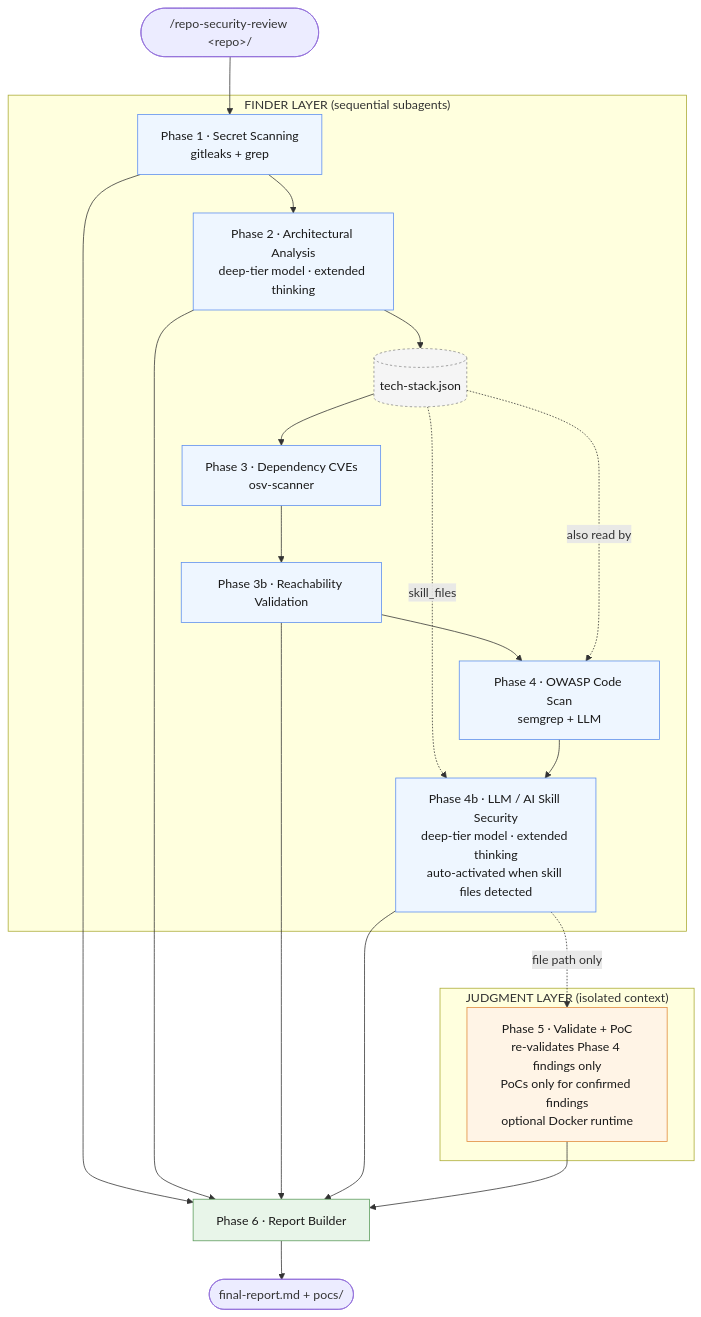
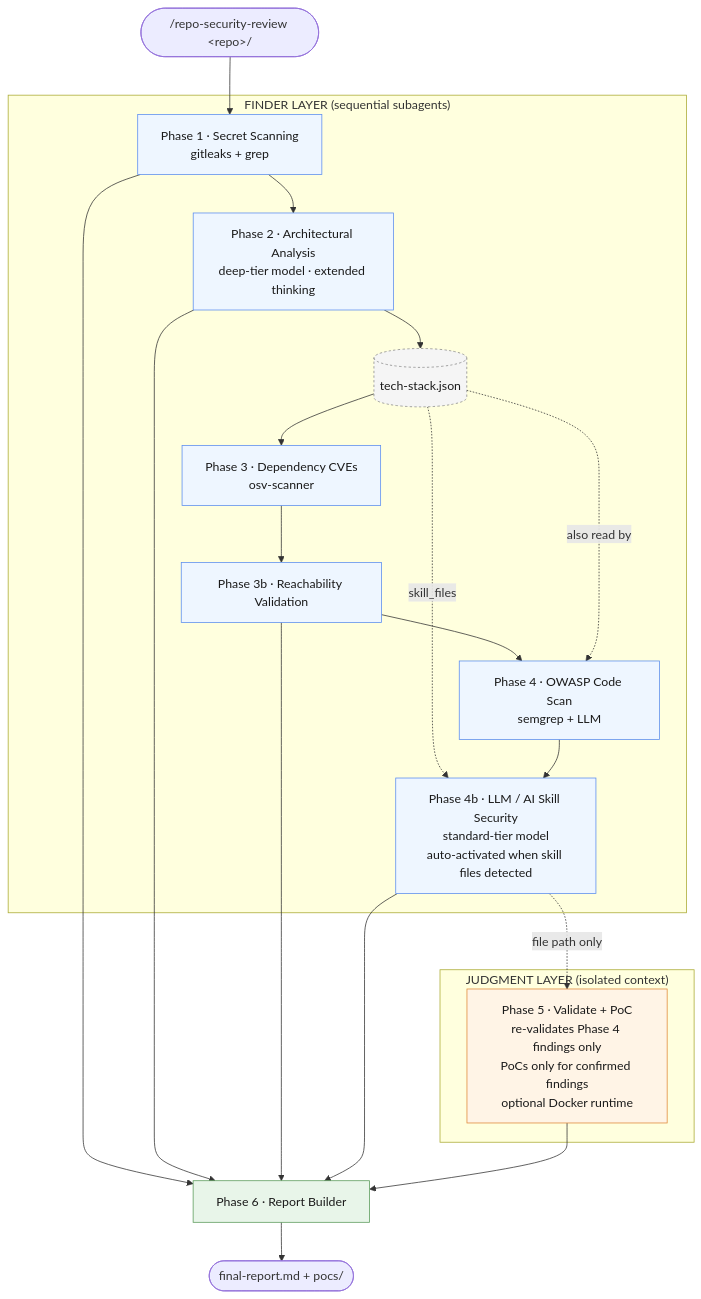
The diagram in README.md (Consensys/repo-security-review), drawn with Mermaid before and after one commit. The commit also changed 3 other files, not shown here.

First line of the commit message:
Shift phases 4b and 7 to standard tier

````diff
--- a/README.md
+++ b/README.md
@@ -92,45 +92,45 @@
 ```mermaid
 flowchart TD
     Start([/repo-security-review &lt;repo&gt;/]) --> P1
 
     subgraph FINDER["FINDER LAYER (sequential subagents)"]
         P1[Phase 1 · Secret Scanning<br/>gitleaks + grep]
         P2[Phase 2 · Architectural Analysis<br/>deep-tier model · extended thinking]
         TS[(tech-stack.json)]
         P3[Phase 3 · Dependency CVEs<br/>osv-scanner]
         P3b[Phase 3b · Reachability Validation]
         P4[Phase 4 · OWASP Code Scan<br/>semgrep + LLM]
-        P4b[Phase 4b · LLM / AI Skill Security<br/>deep-tier model · extended thinking<br/>auto-activated when skill files detected]
+        P4b[Phase 4b · LLM / AI Skill Security<br/>standard-tier model<br/>auto-activated when skill files detected]
 
         P1 --> P2
         P2 --> TS
         TS --> P3
         P3 --> P3b
         P3b --> P4
         TS -. also read by .-> P4
         TS -. skill_files .-> P4b
         P4 --> P4b
     end
 
     P4b -. file path only .-> P5
 
     subgraph JUDGMENT["JUDGMENT LAYER (isolated context)"]
         P5[Phase 5 · Validate + PoC<br/>re-validates Phase 4 findings only<br/>PoCs only for confirmed findings<br/>optional Docker runtime]
     end
 
     P1 --> R[Phase 6 · Report Builder]
     P2 --> R
     P3b --> R
     P4b --> R
     P5 --> R
     R --> Out([final-report.md + pocs/])
 
     classDef finder fill:#eef6ff,stroke:#5b8def,color:#1a1a1a
     classDef judgment fill:#fff4e6,stroke:#e0883a,color:#1a1a1a
     classDef report fill:#e8f5e9,stroke:#5a9a5a,color:#1a1a1a
     classDef store fill:#f5f5f5,stroke:#888,color:#1a1a1a,stroke-dasharray: 3 3
     class P1,P2,P3,P3b,P4,P4b finder
     class P5 judgment
     class R report
     class TS store
 ```
````
